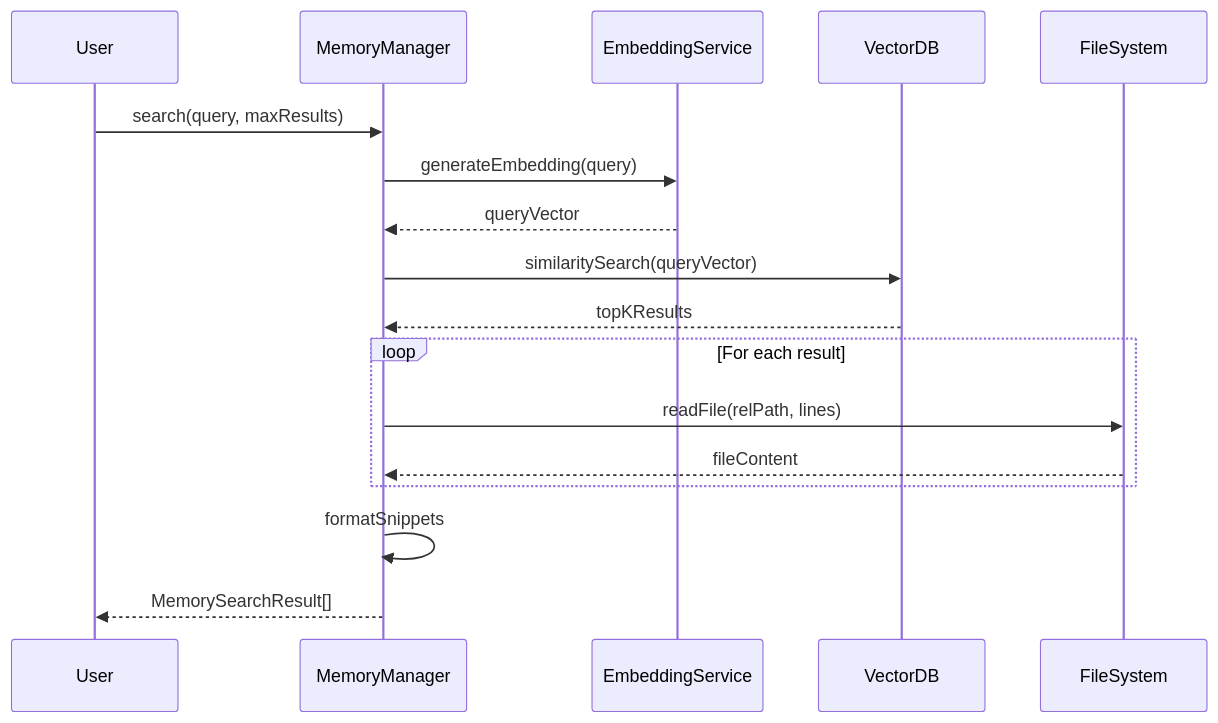
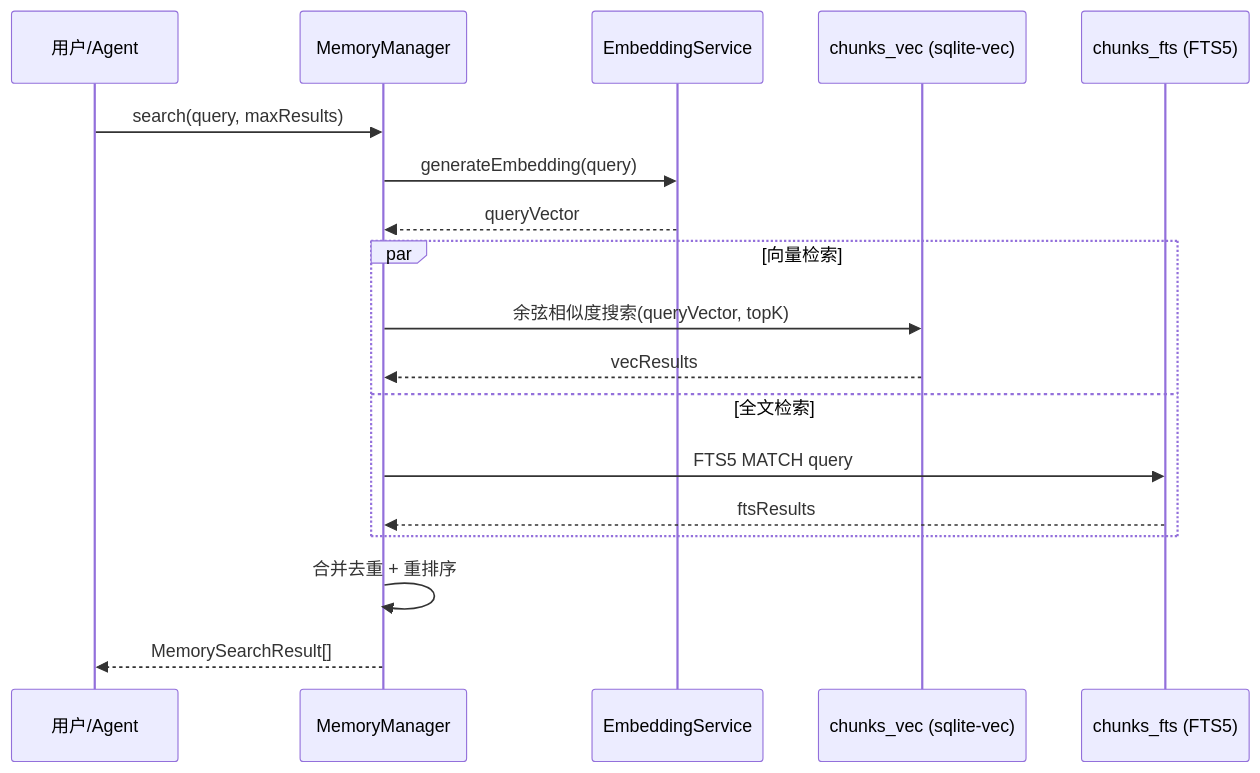
Diagram 14 of 26 in openclaw/DATA_STRUCTURES.md (caicongyang/bloger), drawn with Mermaid before and after one commit. The commit also changed other lines of this file and 13 other files, not shown here.

````diff
--- a/openclaw/DATA_STRUCTURES.md
+++ b/openclaw/DATA_STRUCTURES.md
@@ -533,23 +653,23 @@
 ```mermaid
 sequenceDiagram
-    participant U as User
+    participant U as 用户/Agent
     participant M as MemoryManager
     participant E as EmbeddingService
-    participant V as VectorDB
-    participant F as FileSystem
-    
+    participant V as chunks_vec (sqlite-vec)
+    participant F as chunks_fts (FTS5)
+
     U->>M: search(query, maxResults)
     M->>E: generateEmbedding(query)
     E-->>M: queryVector
-    
-    M->>V: similaritySearch(queryVector)
-    V-->>M: topKResults
-    
-    loop For each result
-        M->>F: readFile(relPath, lines)
-        F-->>M: fileContent
+
+    par 向量检索
+        M->>V: 余弦相似度搜索(queryVector, topK)
+        V-->>M: vecResults
+    and 全文检索
+        M->>F: FTS5 MATCH query
+        F-->>M: ftsResults
     end
-    
-    M->>M: formatSnippets
+
+    M->>M: 合并去重 + 重排序
     M-->>U: MemorySearchResult[]
 ```
````
